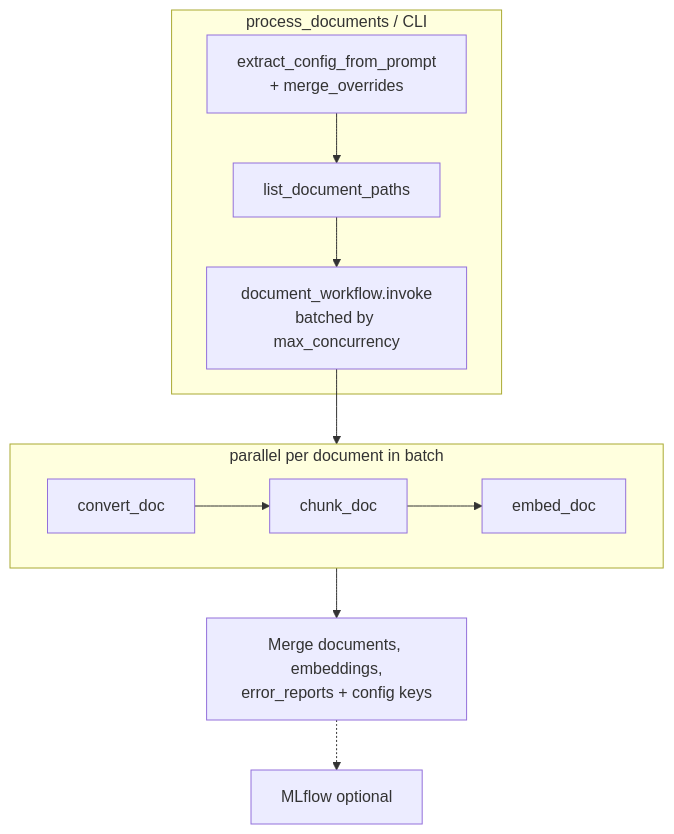
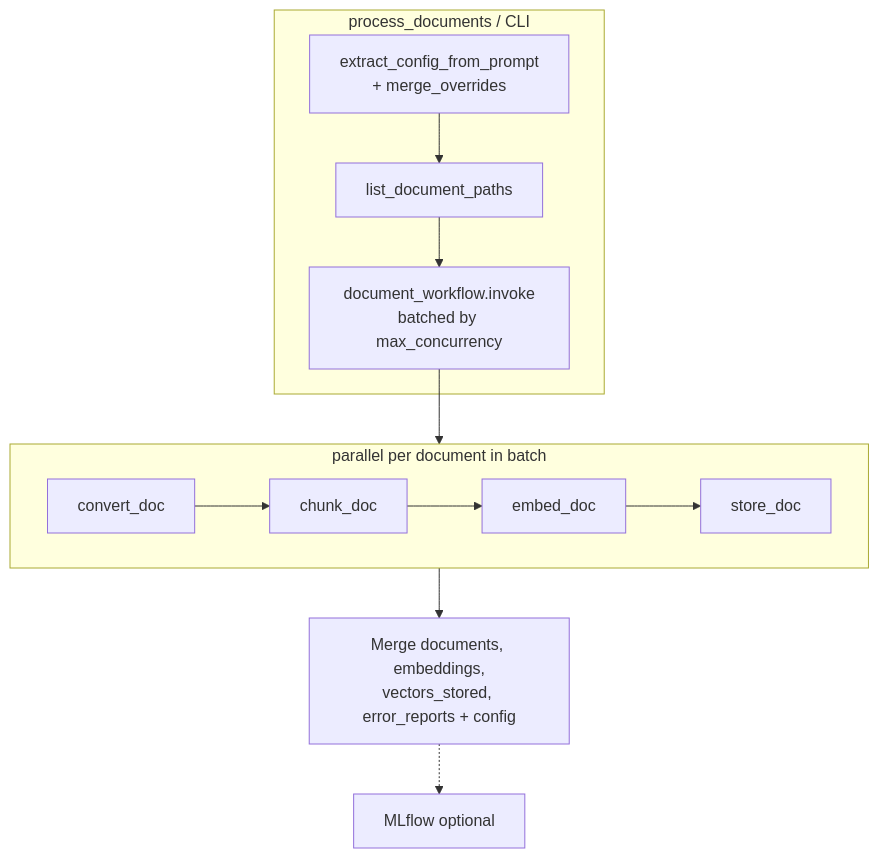
Before and after one commit to mcaimi/docling-agent: the first of 3 diagrams in AGENTS.md, drawn with Mermaid. The commit also changed other lines of this file and 1 other file, not shown here.

````diff
--- a/AGENTS.md
+++ b/AGENTS.md
@@ -107,18 +121,19 @@
 ```mermaid
 flowchart TB
     subgraph orchestration [process_documents / CLI]
         extract["extract_config_from_prompt<br/>+ merge_overrides"]
         listDocs["list_document_paths"]
         invoke["document_workflow.invoke<br/>batched by max_concurrency"]
         extract --> listDocs --> invoke
     end
     subgraph perDoc [parallel per document in batch]
         convert[convert_doc]
         chunk[chunk_doc]
         embed[embed_doc]
-        convert --> chunk --> embed
+        store[store_doc]
+        convert --> chunk --> embed --> store
     end
     invoke --> perDoc
-    perDoc --> merge["Merge documents, embeddings,<br/>error_reports + config keys"]
+    perDoc --> merge["Merge documents, embeddings,<br/>vectors_stored, error_reports + config"]
     merge -.-> mlflow[MLflow optional]
 ```
````
